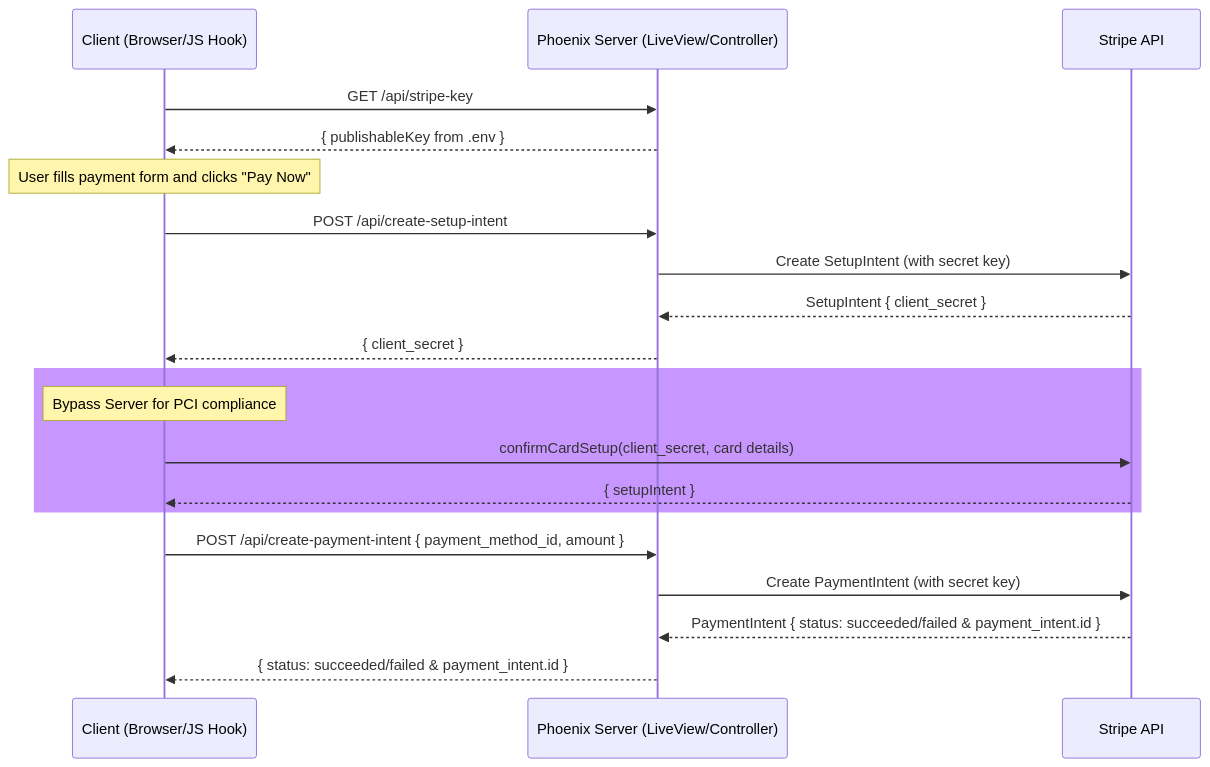
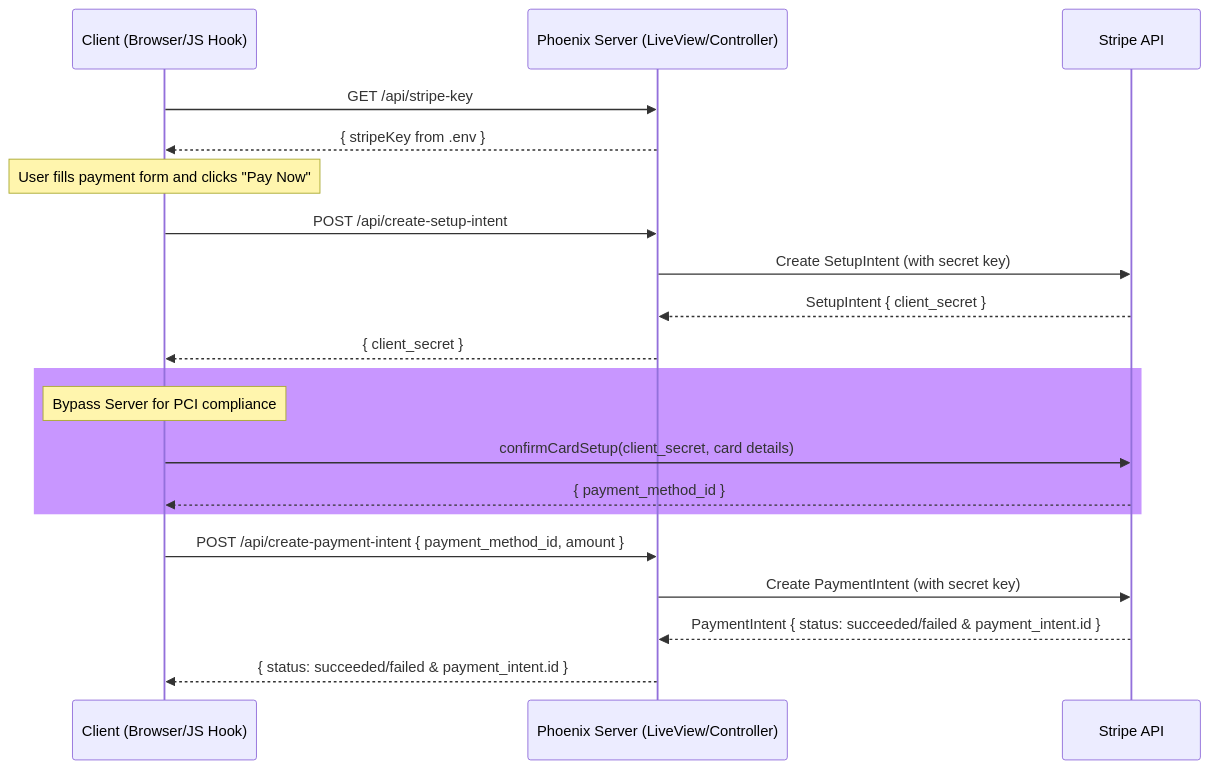
The diagram in README.md (willbonney/phoenix-stripe), drawn with Mermaid before and after one commit. The commit also changed 4 other files, not shown here.

Commit message:
Rename variables and improve chart

````diff
--- a/README.md
+++ b/README.md
@@ -4,22 +4,22 @@
 ```mermaid
 sequenceDiagram
     participant Client as Client (Browser/JS Hook)
     participant Server as Phoenix Server (LiveView/Controller)
     participant Stripe as Stripe API
     Client->>Server: GET /api/stripe-key
-    Server-->>Client: { publishableKey from .env }
+    Server-->>Client: { stripeKey from .env }
     Note over Client: User fills payment form and clicks "Pay Now"
     Client->>Server: POST /api/create-setup-intent
     Server->>Stripe: Create SetupIntent (with secret key)
     Stripe-->>Server: SetupIntent { client_secret }
     Server-->>Client: { client_secret }
     rect rgb(200, 150, 255)
     Note over Client: Bypass Server for PCI compliance
     Client->>Stripe: confirmCardSetup(client_secret, card details)
-    Stripe-->>Client: { setupIntent }
+    Stripe-->>Client: { payment_method_id }
     end
     Client->>Server: POST /api/create-payment-intent { payment_method_id, amount }
     Server->>Stripe: Create PaymentIntent (with secret key)
     Stripe-->>Server: PaymentIntent { status: succeeded/failed & payment_intent.id }
     Server-->>Client: { status: succeeded/failed & payment_intent.id }
 ```
````
